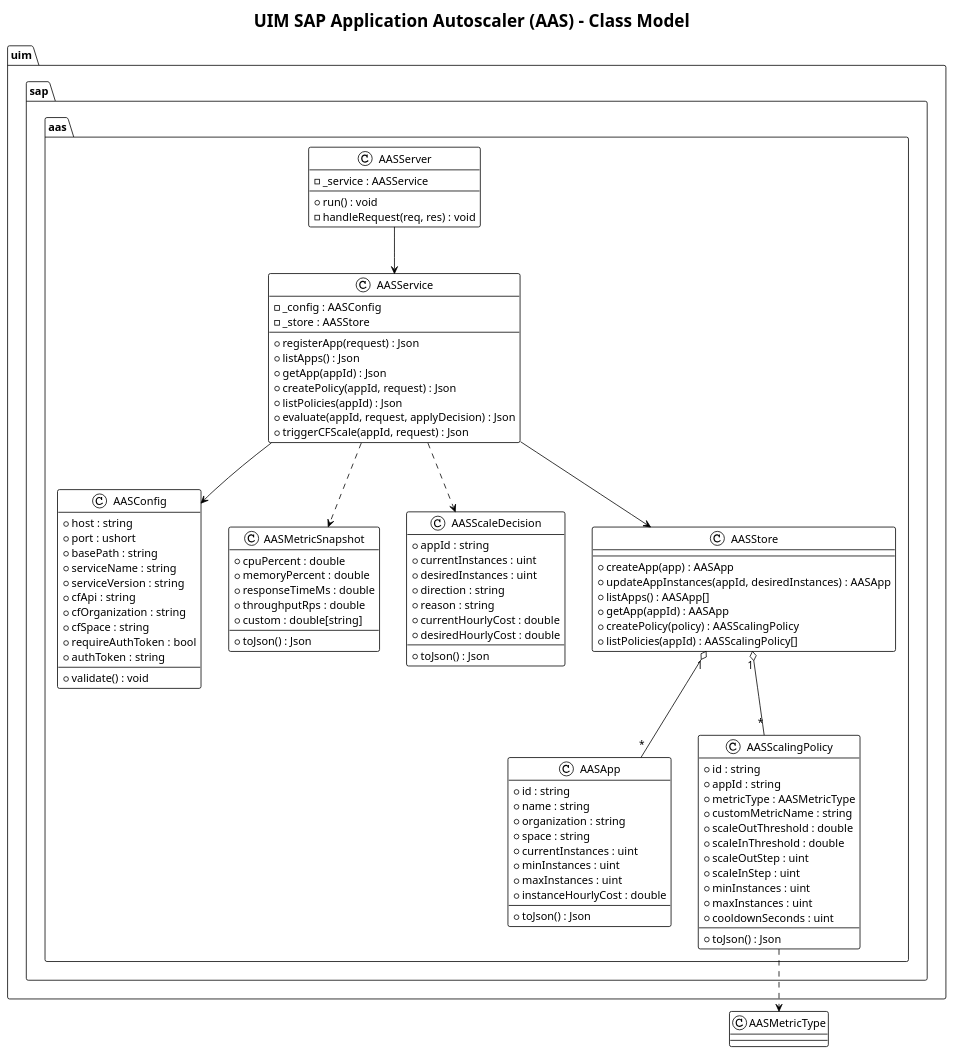
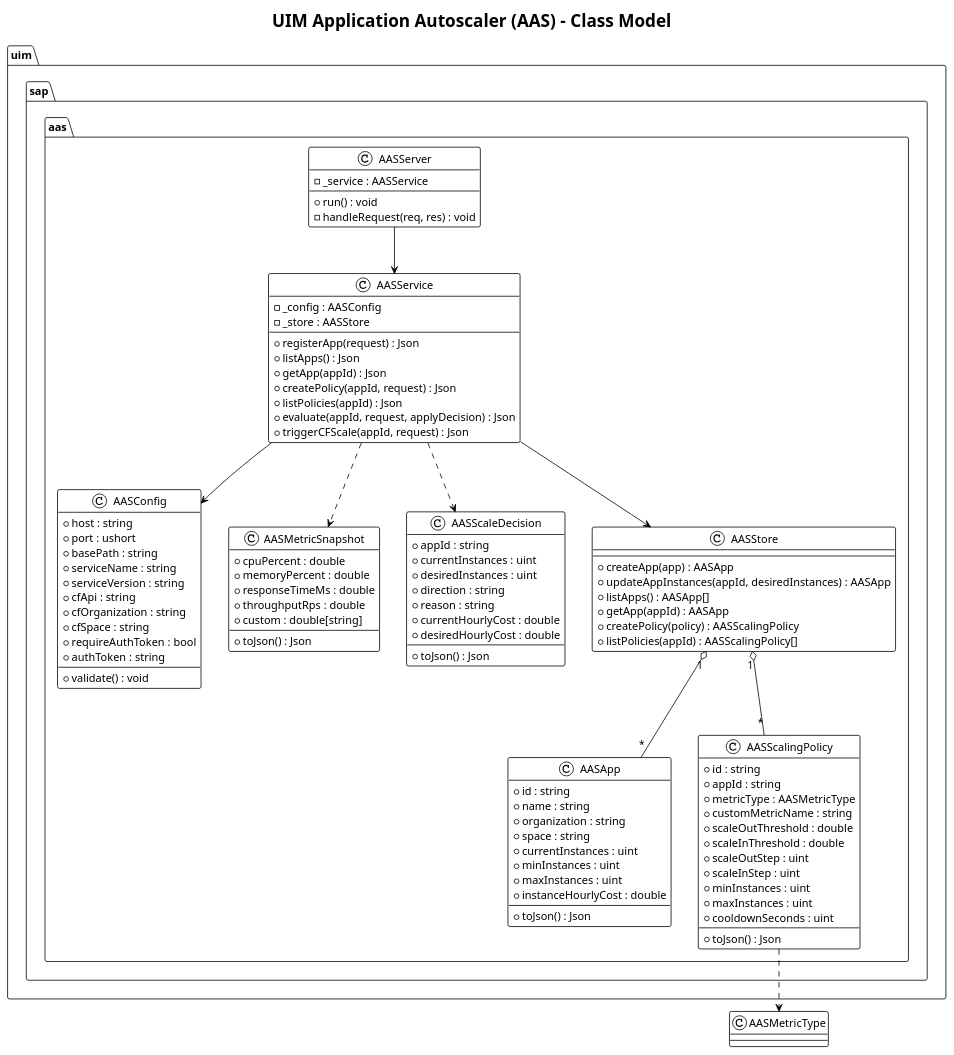
One commit to UIMSolutions/uim-sap-services changed the diagram in application-autoscaler/docs/uml/class-model.puml. Above: the diagram before and after it, drawn with PlantUML. The commit also changed 172 other files, not shown here.

```diff
--- a/application-autoscaler/docs/uml/class-model.puml
+++ b/application-autoscaler/docs/uml/class-model.puml
@@ -1,105 +1,105 @@
 @startuml
 !theme plain
 
-title UIM SAP Application Autoscaler (AAS) - Class Model
+title UIM Application Autoscaler (AAS) - Class Model
 
 package "uim.sap.aas" {
   class AASConfig {
     +host : string
     +port : ushort
     +basePath : string
     +serviceName : string
     +serviceVersion : string
     +cfApi : string
     +cfOrganization : string
     +cfSpace : string
     +requireAuthToken : bool
     +authToken : string
     +validate() : void
   }
 
   class AASApp {
     +id : string
     +name : string
     +organization : string
     +space : string
     +currentInstances : uint
     +minInstances : uint
     +maxInstances : uint
     +instanceHourlyCost : double
     +toJson() : Json
   }
 
   class AASScalingPolicy {
     +id : string
     +appId : string
     +metricType : AASMetricType
     +customMetricName : string
     +scaleOutThreshold : double
     +scaleInThreshold : double
     +scaleOutStep : uint
     +scaleInStep : uint
     +minInstances : uint
     +maxInstances : uint
     +cooldownSeconds : uint
     +toJson() : Json
   }
 
   class AASMetricSnapshot {
     +cpuPercent : double
     +memoryPercent : double
     +responseTimeMs : double
     +throughputRps : double
     +custom : double[string]
     +toJson() : Json
   }
 
   class AASScaleDecision {
     +appId : string
     +currentInstances : uint
     +desiredInstances : uint
     +direction : string
     +reason : string
     +currentHourlyCost : double
     +desiredHourlyCost : double
     +toJson() : Json
   }
 
   class AASStore {
     +createApp(app) : AASApp
     +updateAppInstances(appId, desiredInstances) : AASApp
     +listApps() : AASApp[]
     +getApp(appId) : AASApp
     +createPolicy(policy) : AASScalingPolicy
     +listPolicies(appId) : AASScalingPolicy[]
   }
 
   class AASService {
     -_config : AASConfig
     -_store : AASStore
     +registerApp(request) : Json
     +listApps() : Json
     +getApp(appId) : Json
     +createPolicy(appId, request) : Json
     +listPolicies(appId) : Json
     +evaluate(appId, request, applyDecision) : Json
     +triggerCFScale(appId, request) : Json
   }
 
   class AASServer {
     -_service : AASService
     +run() : void
     -handleRequest(req, res) : void
   }
 }
 
 AASService --> AASConfig
 AASService --> AASStore
 AASServer --> AASService
 AASStore "1" o-- "*" AASApp
 AASStore "1" o-- "*" AASScalingPolicy
 AASService ..> AASMetricSnapshot
 AASService ..> AASScaleDecision
 AASScalingPolicy ..> AASMetricType
 
 @enduml
```
